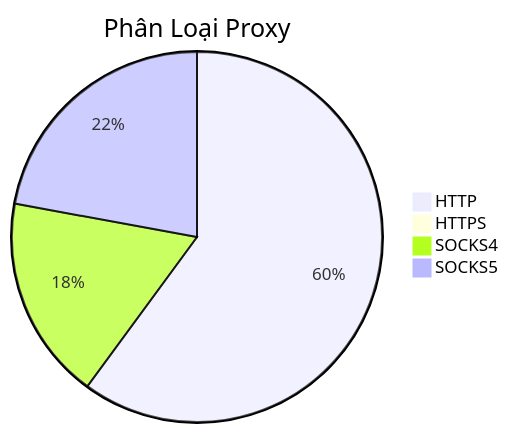
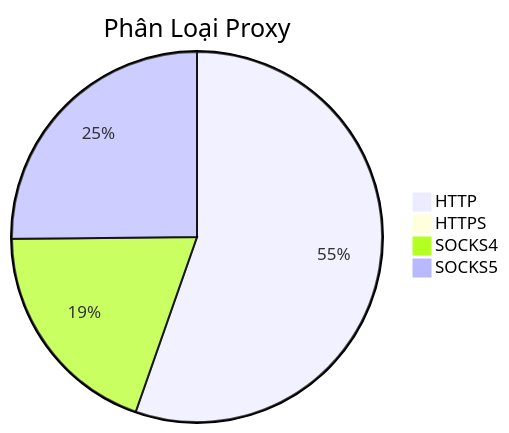
One commit to Ciara-12/PROXY-free changed the diagram in README.md. Above: the diagram before and after it, drawn with Mermaid. The commit also changed other lines of this file and 3 other files, not shown here.

````diff
--- a/README.md
+++ b/README.md
@@ -26,7 +26,7 @@
 ```mermaid
 pie title Phân Loại Proxy
-    "HTTP" : 1201
+    "HTTP" : 1032
     "HTTPS" : 0
-    "SOCKS4" : 356
-    "SOCKS5" : 442
+    "SOCKS4" : 363
+    "SOCKS5" : 469
 ```
````
